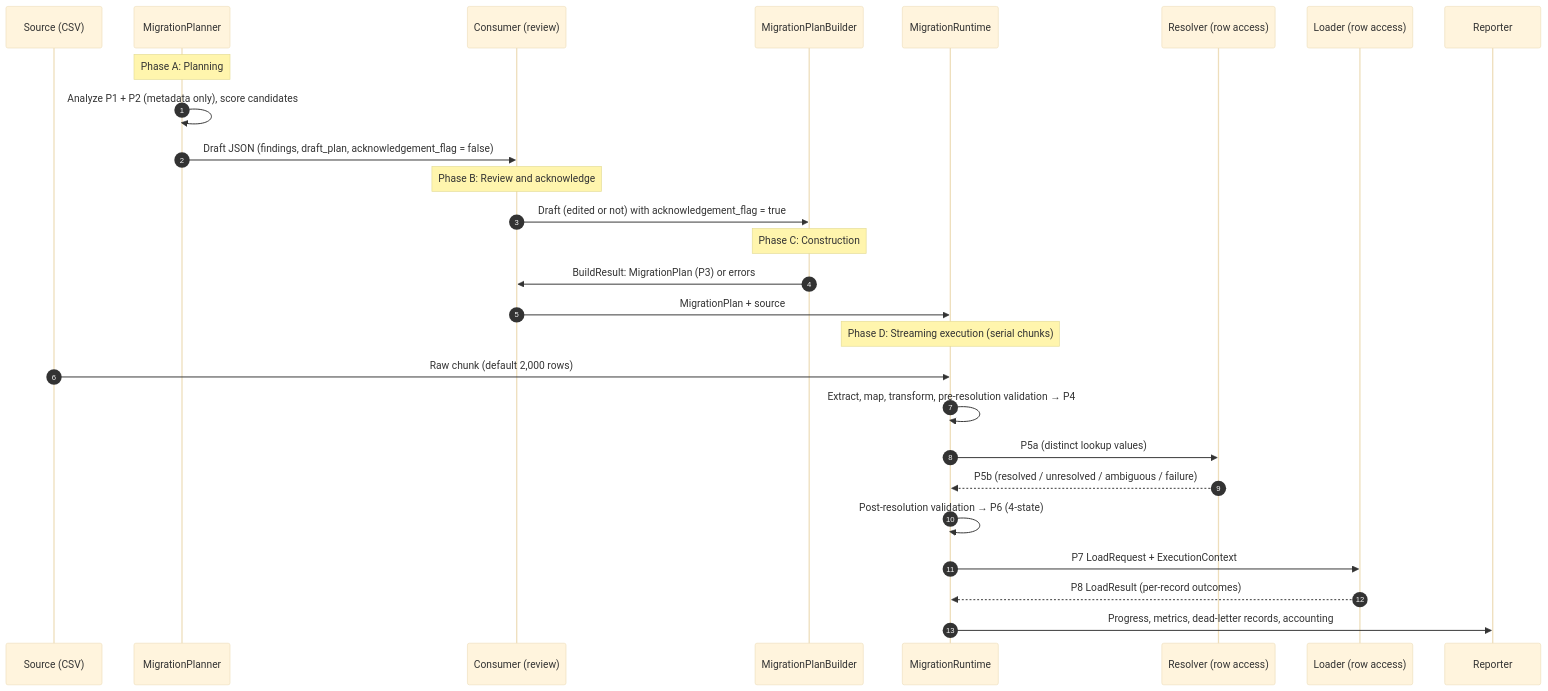
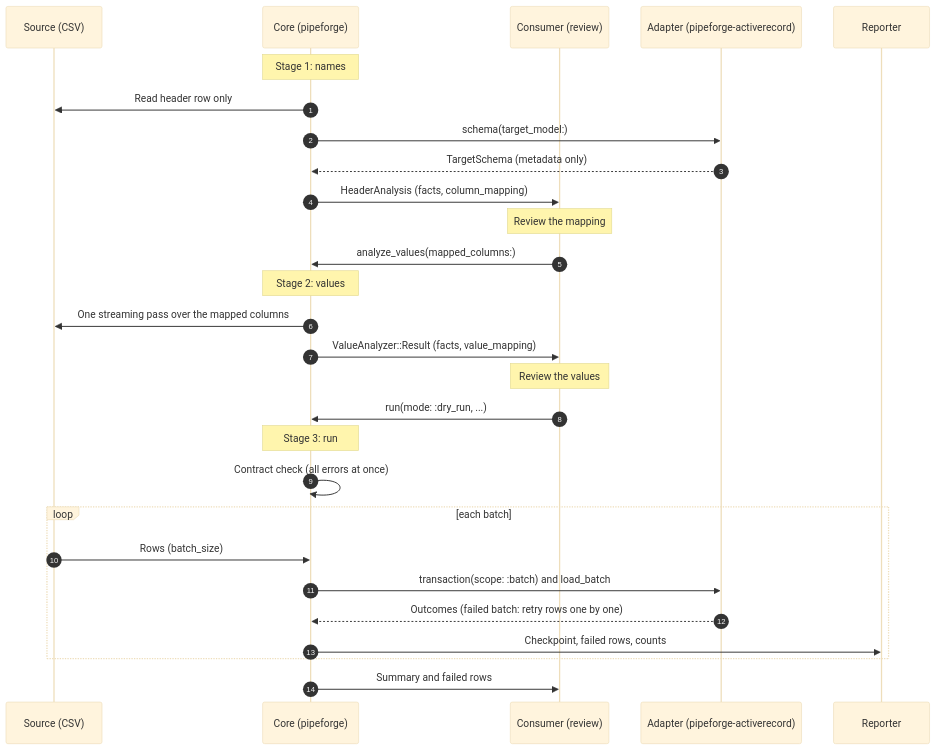
Before and after one commit to venkydev02/Pipeforge: the second of 2 diagrams in docs/architecture/overview.md, drawn with Mermaid (base theme). The commit also changed other lines of this file and 4 other files, not shown here.

Commit message:
Update architecture and low-level decisions for runtime (#4)

````diff
--- a/docs/architecture/overview.md
+++ b/docs/architecture/overview.md
@@ -134,33 +120,35 @@
 ```mermaid
 sequenceDiagram
     autonumber
     participant Src as Source (CSV)
-    participant Planner as MigrationPlanner
+    participant Core as Core (pipeforge)
     participant Consumer as Consumer (review)
-    participant Builder as MigrationPlanBuilder
-    participant Runtime as MigrationRuntime
-    participant Resolver as Resolver (row access)
-    participant Loader as Loader (row access)
+    participant Adapter as Adapter (pipeforge-activerecord)
     participant Rep as Reporter
 
-    Note over Planner: Phase A: Planning
-    Planner->>Planner: Analyze P1 + P2 (metadata only), score candidates
-    Planner->>Consumer: Draft JSON (findings, draft_plan, acknowledgement_flag = false)
+    Note over Core: Stage 1: names
+    Core->>Src: Read header row only
+    Core->>Adapter: schema(target_model:)
+    Adapter-->>Core: TargetSchema (metadata only)
+    Core->>Consumer: HeaderAnalysis (facts, column_mapping)
 
-    Note over Consumer: Phase B: Review and acknowledge
-    Consumer->>Builder: Draft (edited or not) with acknowledgement_flag = true
+    Note over Consumer: Review the mapping
+    Consumer->>Core: analyze_values(mapped_columns:)
 
-    Note over Builder: Phase C: Construction
-    Builder->>Consumer: BuildResult: MigrationPlan (P3) or errors
-    Consumer->>Runtime: MigrationPlan + source
+    Note over Core: Stage 2: values
+    Core->>Src: One streaming pass over the mapped columns
+    Core->>Consumer: ValueAnalyzer::Result (facts, value_mapping)
 
-    Note over Runtime: Phase D: Streaming execution (serial chunks)
-    Src->>Runtime: Raw chunk (default 2,000 rows)
-    Runtime->>Runtime: Extract, map, transform, pre-resolution validation → P4
-    Runtime->>Resolver: P5a (distinct lookup values)
-    Resolver-->>Runtime: P5b (resolved / unresolved / ambiguous / failure)
-    Runtime->>Runtime: Post-resolution validation → P6 (4-state)
-    Runtime->>Loader: P7 LoadRequest + ExecutionContext
-    Loader-->>Runtime: P8 LoadResult (per-record outcomes)
-    Runtime->>Rep: Progress, metrics, dead-letter records, accounting
+    Note over Consumer: Review the values
+    Consumer->>Core: run(mode: :dry_run, ...)
+
+    Note over Core: Stage 3: run
+    Core->>Core: Contract check (all errors at once)
+    loop each batch
+        Src->>Core: Rows (batch_size)
+        Core->>Adapter: transaction(scope: :batch) and load_batch
+        Adapter-->>Core: Outcomes (failed batch: retry rows one by one)
+        Core->>Rep: Checkpoint, failed rows, counts
+    end
+    Core->>Consumer: Summary and failed rows
 ```
````
